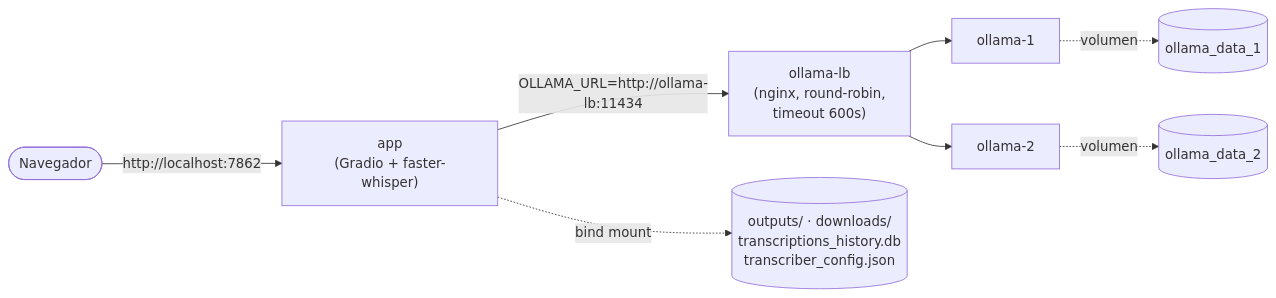
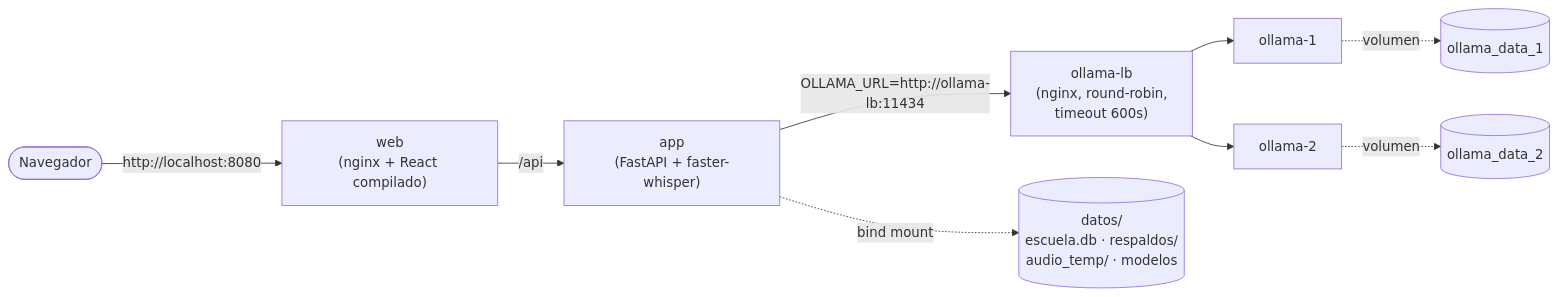
Before and after one commit to Tamborconpatas/ClaseAIdia: the first of 3 diagrams in README.md, drawn with Mermaid. The commit also changed other lines of this file and 17 other files, not shown here.

Commit message:
Docker y documentación para la aplicación real: web (nginx + React), backend FastAPI, https y GPU por compose; README y guías de instalación sin Gradio

````diff
--- a/README.md
+++ b/README.md
@@ -233,10 +242,11 @@
 ```mermaid
 flowchart LR
-    U(["Navegador"]) -- "http://localhost:7862" --> APP["app<br/>(Gradio + faster-whisper)"]
+    U(["Navegador"]) -- "http://localhost:8080" --> WEB["web<br/>(nginx + React compilado)"]
+    WEB -- "/api" --> APP["app<br/>(FastAPI + faster-whisper)"]
     APP -- "OLLAMA_URL=http://ollama-lb:11434" --> LB["ollama-lb<br/>(nginx, round-robin,<br/>timeout 600s)"]
     LB --> O1["ollama-1"]
     LB --> O2["ollama-2"]
-    APP -.->|"bind mount"| DATA[("outputs/ · downloads/<br/>transcriptions_history.db<br/>transcriber_config.json")]
+    APP -.->|"bind mount"| DATA[("datos/<br/>escuela.db · respaldos/<br/>audio_temp/ · modelos")]
     O1 -.->|"volumen"| V1[("ollama_data_1")]
     O2 -.->|"volumen"| V2[("ollama_data_2")]
 ```
````
